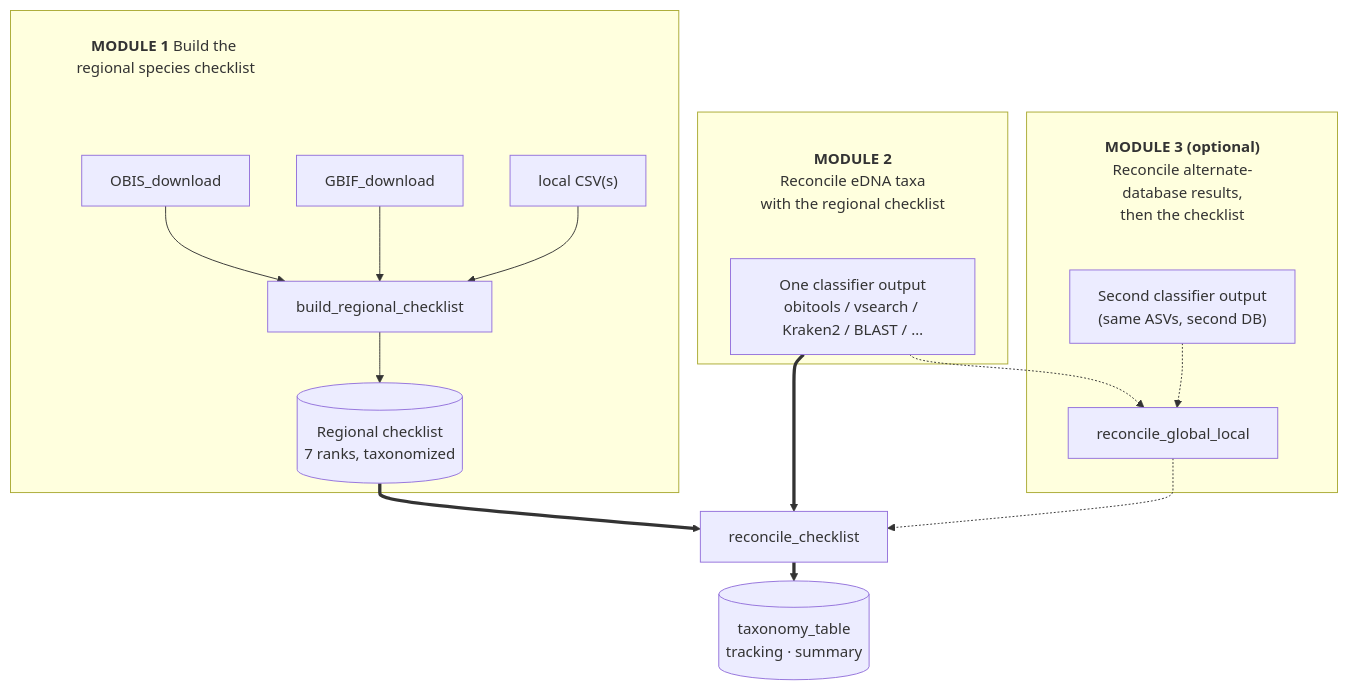
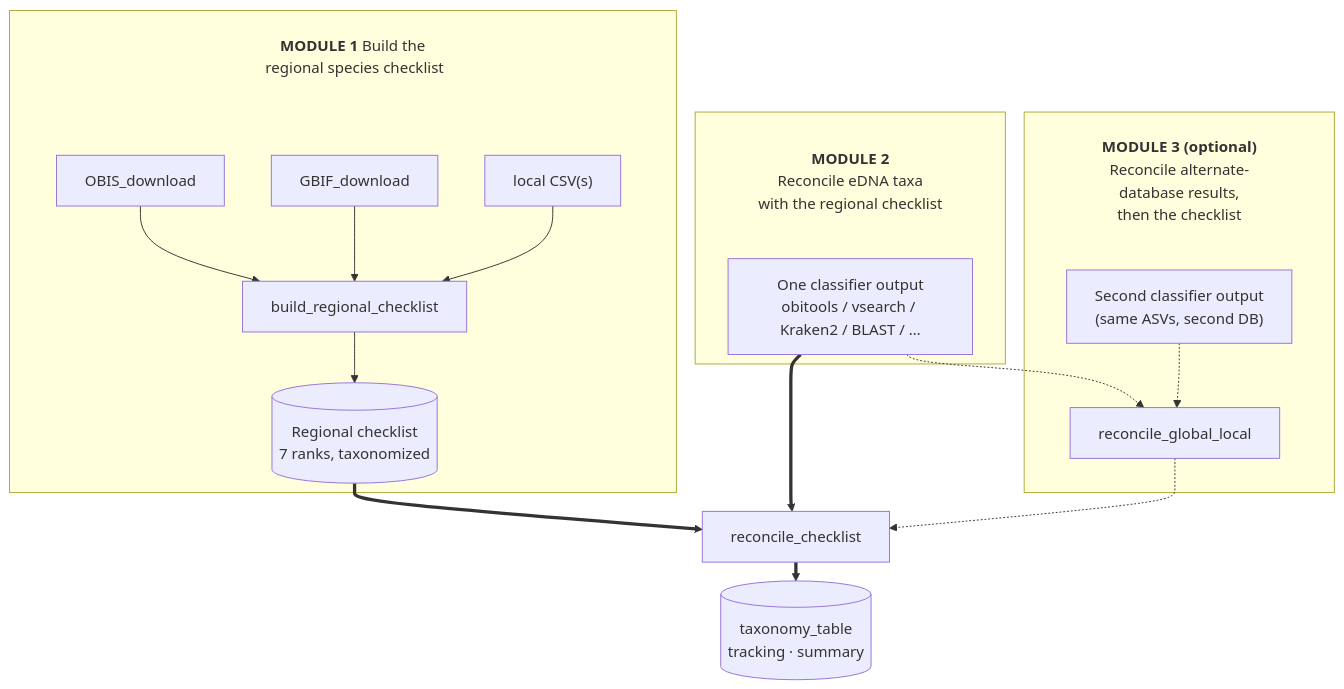
One commit to EWisely/REGATTA changed the diagram in README.md. Above: the diagram before and after it, drawn with Mermaid.

Commit message:
docs: mermaid — center Module 1 header over its three top nodes
Module 1's header was anchored only to OBIS_download (leftmost), so it sat
top-left. Anchor it to all three top nodes (OBIS, GBIF, CSV) so it centers over
the box. Modules 2 and 3 already center on their single content node.

````diff
--- a/README.md
+++ b/README.md
@@ -77,39 +77,41 @@
 ```mermaid
 %%{init: {"flowchart": {"rankSpacing": 20}}}%%
 flowchart TD
     %% Subgraphs declared 3, 2, 1 so the render (its mirror) reads 1 -> 2 -> 3.
     %% Module titles are borderless header NODES: multi-line node labels render
     %% cleanly and reserve vertical space, whereas a multi-line subgraph title
     %% would overlap the box content on GitHub's mermaid.
     classDef modtitle fill:none,stroke:none;
 
     subgraph MOD3[" "]
         H3["<b>MODULE 3 (optional)</b><br/>Reconcile alternate-database results,<br/>then the checklist"]:::modtitle
         GL["Second classifier output<br/>(same ASVs, second DB)"]
         Q[reconcile_global_local]
         H3 ~~~ GL
         GL -.-> Q
     end
 
     subgraph MOD2[" "]
         H2["<b>MODULE 2</b><br/>Reconcile eDNA taxa<br/>with the regional checklist"]:::modtitle
         G["One classifier output<br/>obitools / vsearch / Kraken2 / BLAST / …"]
         H2 ~~~ G
     end
 
     subgraph M1[" "]
         H1["<b>MODULE 1</b> Build the regional species checklist"]:::modtitle
         A[OBIS_download] --> D[build_regional_checklist]
         B[GBIF_download] --> D
         C["local CSV(s)"] --> D
         D --> F[("Regional checklist<br/>7 ranks, taxonomized")]
         H1 ~~~ A
+        H1 ~~~ B
+        H1 ~~~ C
     end
 
     F ==> M[reconcile_checklist]
     G ==> M
     Q -.-> M
     M ==> RES[("taxonomy_table<br/>tracking · summary")]
 
     G -.-> Q
 ```
````
